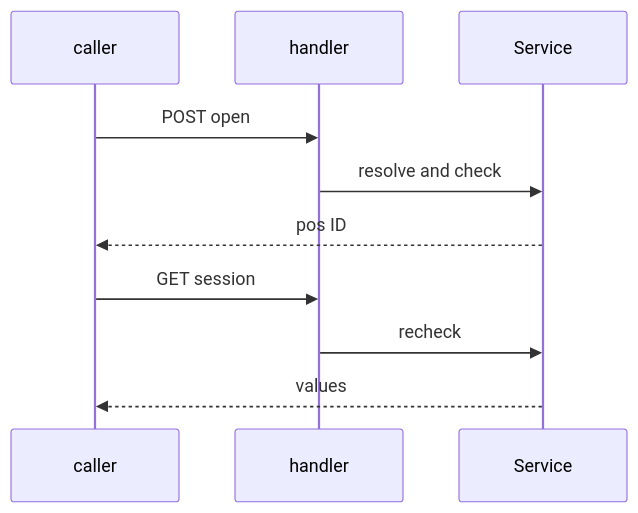
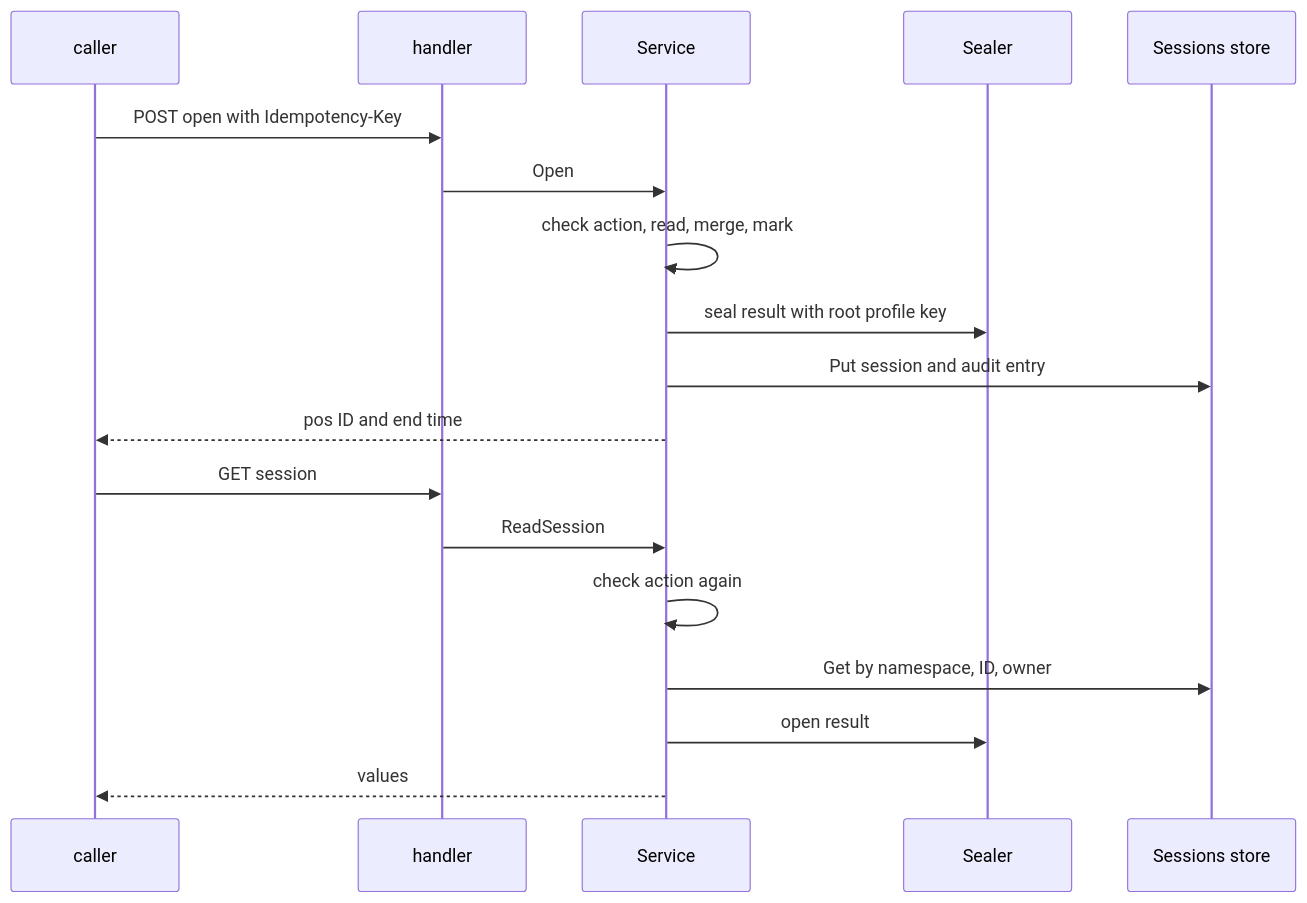
Before and after one commit to OpenDustpan/OpenDustpan: the first of 3 diagrams in openspec/changes/open-profile-serve-open-sessions/design.md, drawn with Mermaid. The commit also changed other lines of this file and 4 other files, not shown here.

First line of the commit message:
openspec: rewrite open-profile-serve-open-sessions against main

````diff
--- a/openspec/changes/open-profile-serve-open-sessions/design.md
+++ b/openspec/changes/open-profile-serve-open-sessions/design.md
@@ -33,12 +87,20 @@
 ```mermaid
 sequenceDiagram
 participant C as caller
 participant H as handler
 participant S as Service
-C->>H: POST open
-H->>S: resolve and check
-S-->>C: pos ID
+participant K as Sealer
+participant D as Sessions store
+C->>H: POST open with Idempotency-Key
+H->>S: Open
+S->>S: check action, read, merge, mark
+S->>K: seal result with root profile key
+S->>D: Put session and audit entry
+S-->>C: pos ID and end time
 C->>H: GET session
-H->>S: recheck
+H->>S: ReadSession
+S->>S: check action again
+S->>D: Get by namespace, ID, owner
+S->>K: open result
 S-->>C: values
 ```
````
